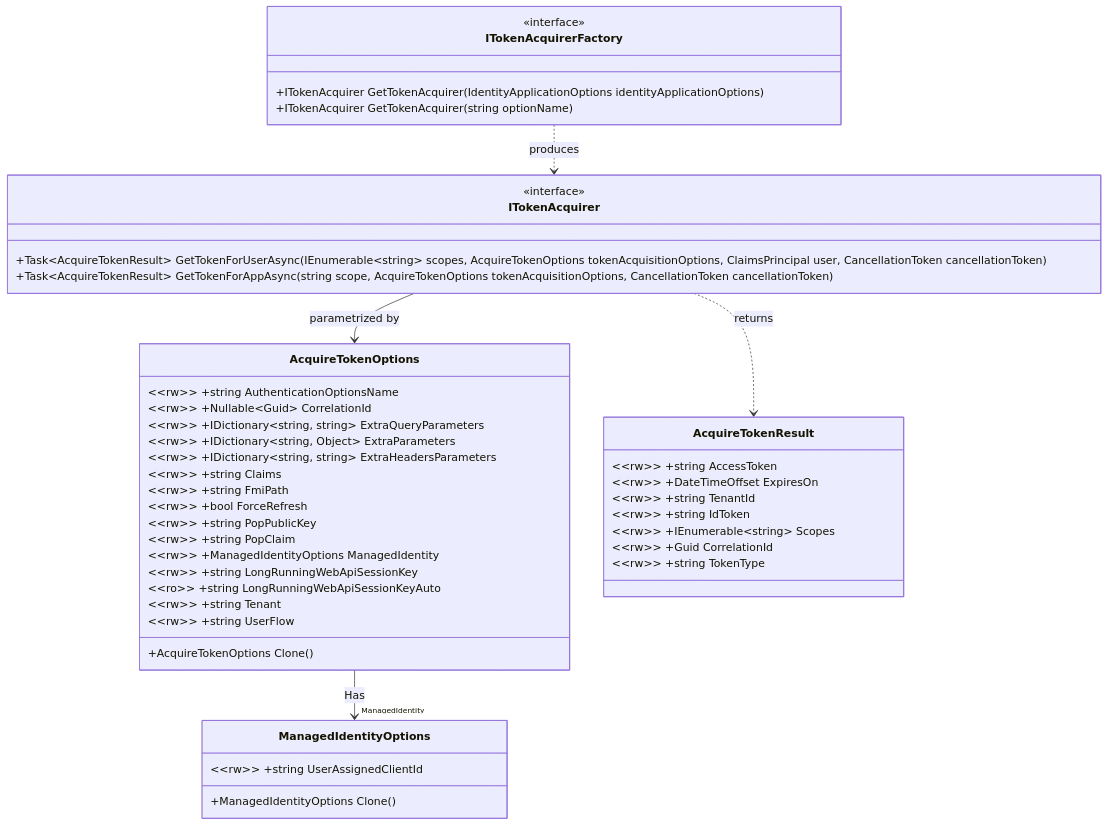
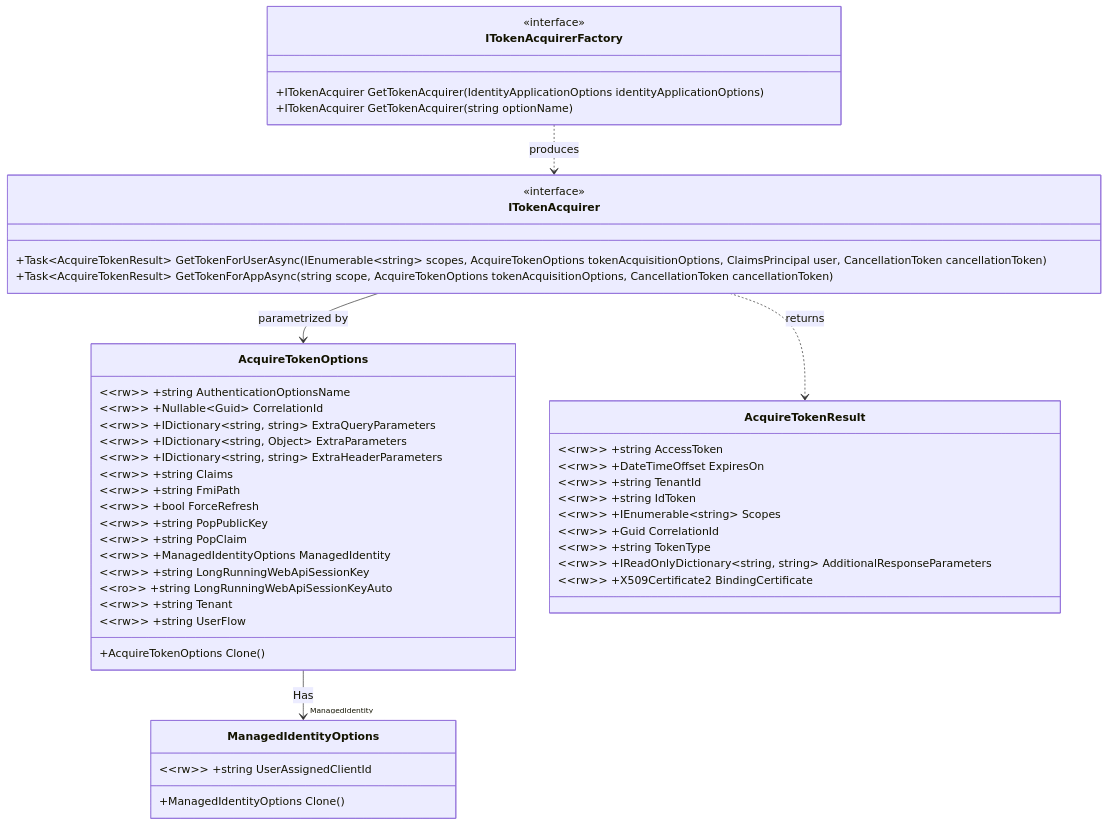
The fourth of 6 diagrams in README.md (AzureAD/microsoft-identity-abstractions-for-dotnet), drawn with Mermaid before and after one commit. The commit also changed other lines of this file, not shown here.

First line of the commit message:
Synchronizes README.md Mermaid diagrams with current public API surface. (#220)

````diff
--- a/README.md
+++ b/README.md
@@ -343,47 +365,49 @@
 ```mermaid
 classDiagram
    class AcquireTokenOptions {
     +AcquireTokenOptions Clone()
     &lt;&lt;rw&gt;&gt; +string AuthenticationOptionsName
     &lt;&lt;rw&gt;&gt; +Nullable&lt;Guid&gt; CorrelationId
     &lt;&lt;rw&gt;&gt; +IDictionary&lt;string, string&gt; ExtraQueryParameters
     &lt;&lt;rw&gt;&gt; +IDictionary&lt;string, Object&gt; ExtraParameters
-    &lt;&lt;rw&gt;&gt; +IDictionary&lt;string, string&gt; ExtraHeadersParameters
+    &lt;&lt;rw&gt;&gt; +IDictionary&lt;string, string&gt; ExtraHeaderParameters
     &lt;&lt;rw&gt;&gt; +string Claims
     &lt;&lt;rw&gt;&gt; +string FmiPath
     &lt;&lt;rw&gt;&gt; +bool ForceRefresh
     &lt;&lt;rw&gt;&gt; +string PopPublicKey
     &lt;&lt;rw&gt;&gt; +string PopClaim
     &lt;&lt;rw&gt;&gt; +ManagedIdentityOptions ManagedIdentity
     &lt;&lt;rw&gt;&gt; +string LongRunningWebApiSessionKey
     &lt;&lt;ro&gt;&gt; +string LongRunningWebApiSessionKeyAuto
     &lt;&lt;rw&gt;&gt; +string Tenant
     &lt;&lt;rw&gt;&gt; +string UserFlow
     }
     class AcquireTokenResult {
     &lt;&lt;rw&gt;&gt; +string AccessToken
     &lt;&lt;rw&gt;&gt; +DateTimeOffset ExpiresOn
     &lt;&lt;rw&gt;&gt; +string TenantId
     &lt;&lt;rw&gt;&gt; +string IdToken
     &lt;&lt;rw&gt;&gt; +IEnumerable&lt;string&gt; Scopes
     &lt;&lt;rw&gt;&gt; +Guid CorrelationId
     &lt;&lt;rw&gt;&gt; +string TokenType
+    &lt;&lt;rw&gt;&gt; +IReadOnlyDictionary&lt;string, string&gt; AdditionalResponseParameters
+    &lt;&lt;rw&gt;&gt; +X509Certificate2 BindingCertificate
     }
     class ITokenAcquirer { <<interface>>
     +Task&lt;AcquireTokenResult&gt; GetTokenForUserAsync(IEnumerable&lt;string&gt; scopes, AcquireTokenOptions tokenAcquisitionOptions, ClaimsPrincipal user, CancellationToken cancellationToken)
     +Task&lt;AcquireTokenResult&gt; GetTokenForAppAsync(string scope, AcquireTokenOptions tokenAcquisitionOptions, CancellationToken cancellationToken)
     }
     class ITokenAcquirerFactory { <<interface>>
     +ITokenAcquirer GetTokenAcquirer(IdentityApplicationOptions identityApplicationOptions)
     +ITokenAcquirer GetTokenAcquirer(string optionName)
     }
     class ManagedIdentityOptions {
     +ManagedIdentityOptions Clone()
     &lt;&lt;rw&gt;&gt; +string UserAssignedClientId
     }
 
    ITokenAcquirerFactory ..> ITokenAcquirer : produces
    ITokenAcquirer -->  AcquireTokenOptions : parametrized by
    AcquireTokenOptions --> "ManagedIdentity" ManagedIdentityOptions : Has
    ITokenAcquirer ..>  AcquireTokenResult : returns
 ```
````
